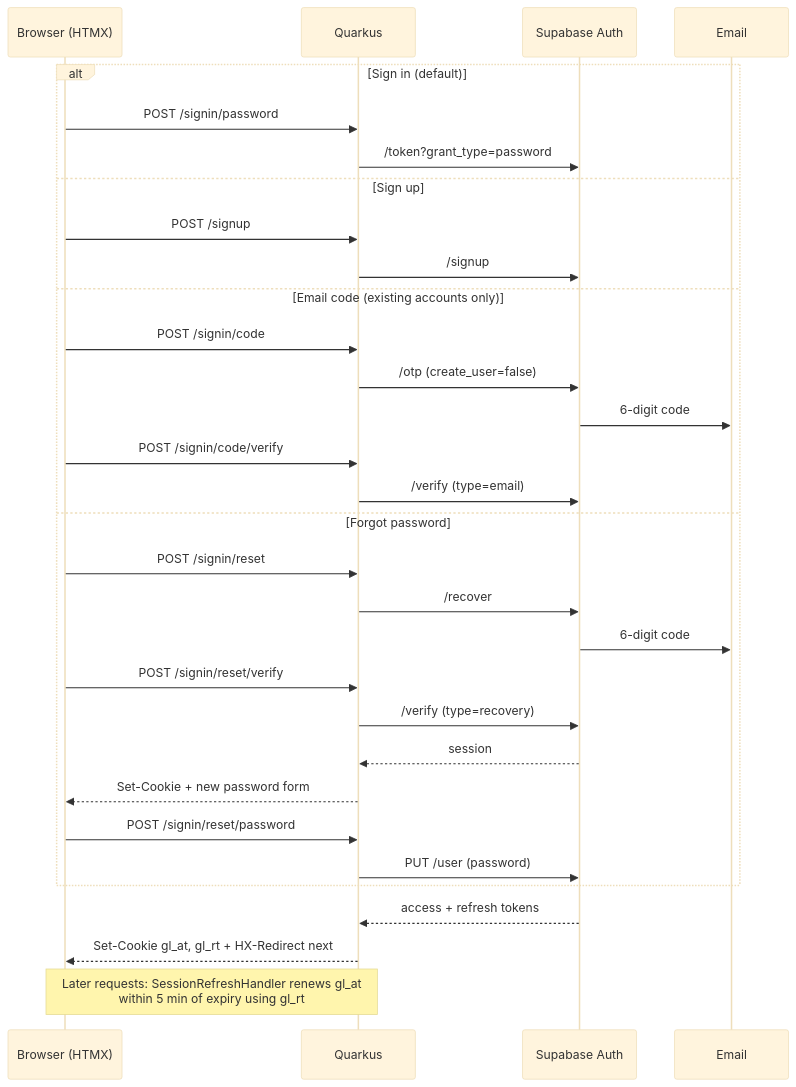
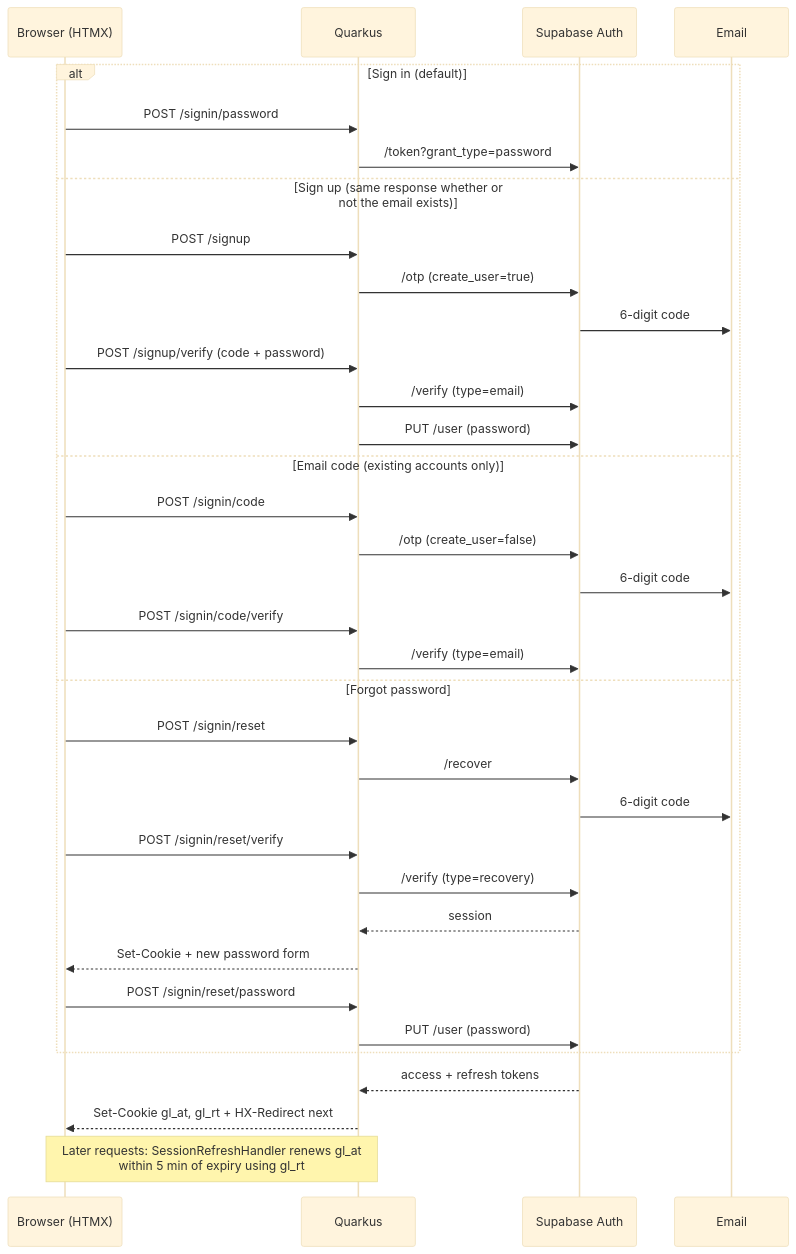
One commit to colllten/giftloop changed the sixth of 6 diagrams in docs/ARCHITECTURE.md. Above: the diagram before and after it, drawn with Mermaid (base theme). The commit also changed 13 other files, not shown here.

Commit message:
private email sign up (#15)

````diff
--- a/docs/ARCHITECTURE.md
+++ b/docs/ARCHITECTURE.md
@@ -180,33 +180,37 @@
 ```mermaid
 sequenceDiagram
   participant B as Browser (HTMX)
   participant Q as Quarkus
   participant A as Supabase Auth
   participant M as Email
   alt Sign in (default)
     B->>Q: POST /signin/password
     Q->>A: /token?grant_type=password
-  else Sign up
+  else Sign up (same response whether or not the email exists)
     B->>Q: POST /signup
-    Q->>A: /signup
+    Q->>A: /otp (create_user=true)
+    A->>M: 6-digit code
+    B->>Q: POST /signup/verify (code + password)
+    Q->>A: /verify (type=email)
+    Q->>A: PUT /user (password)
   else Email code (existing accounts only)
     B->>Q: POST /signin/code
     Q->>A: /otp (create_user=false)
     A->>M: 6-digit code
     B->>Q: POST /signin/code/verify
     Q->>A: /verify (type=email)
   else Forgot password
     B->>Q: POST /signin/reset
     Q->>A: /recover
     A->>M: 6-digit code
     B->>Q: POST /signin/reset/verify
     Q->>A: /verify (type=recovery)
     A-->>Q: session
     Q-->>B: Set-Cookie + new password form
     B->>Q: POST /signin/reset/password
     Q->>A: PUT /user (password)
   end
   A-->>Q: access + refresh tokens
   Q-->>B: Set-Cookie gl_at, gl_rt + HX-Redirect next
   Note over B,Q: Later requests: SessionRefreshHandler renews gl_at<br/>within 5 min of expiry using gl_rt
 ```
````
